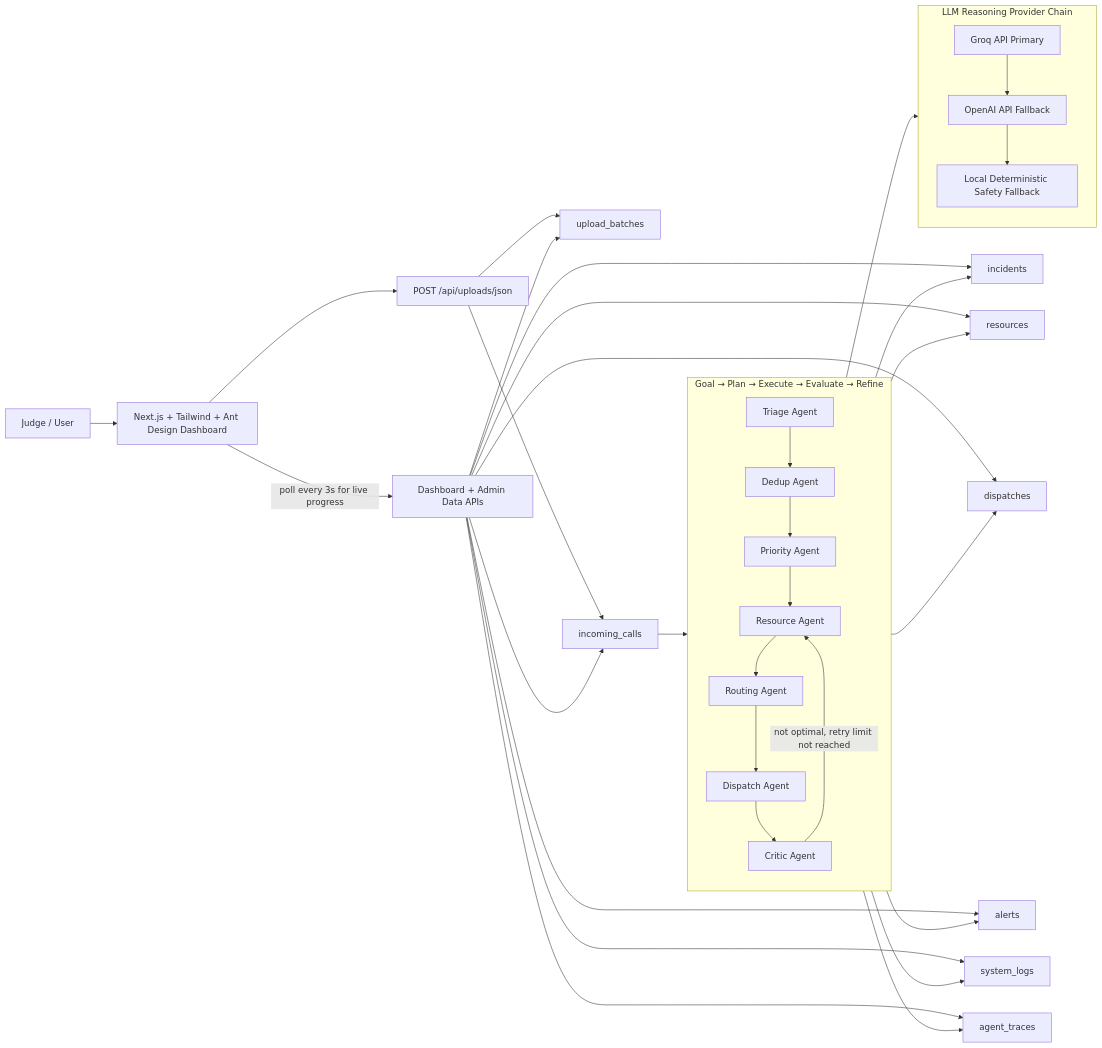
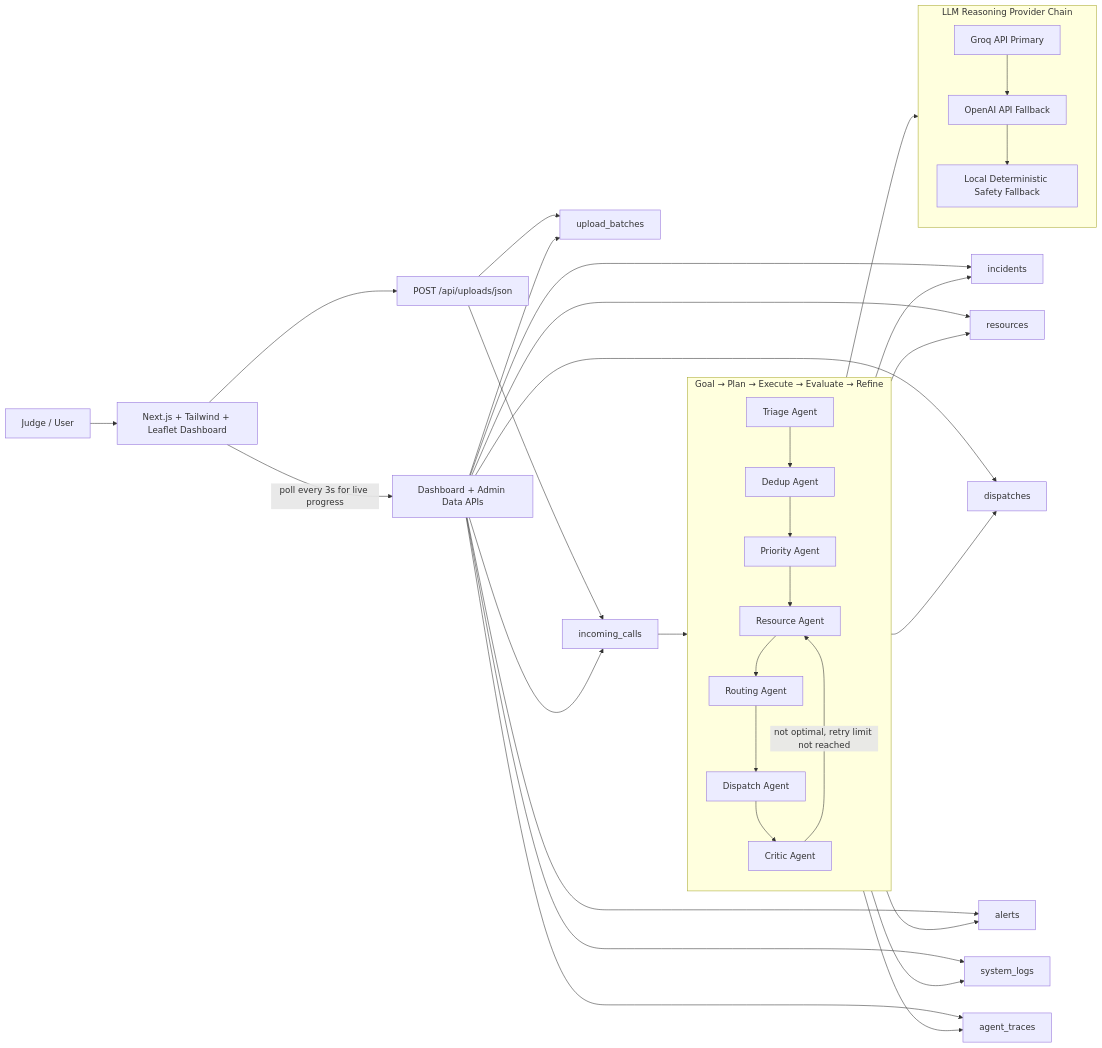
The first of 3 diagrams in docs/SYSTEM_ARCHITECTURE.md (Jag2007/CrisisWeave), drawn with Mermaid before and after one commit. The commit also changed 4 other files, not shown here.

````diff
--- a/docs/SYSTEM_ARCHITECTURE.md
+++ b/docs/SYSTEM_ARCHITECTURE.md
@@ -5,46 +5,46 @@
 ```mermaid
 flowchart LR
-  Judge["Judge / User"] --> Client["Next.js + Tailwind + Ant Design Dashboard"]
+  Judge["Judge / User"] --> Client["Next.js + Tailwind + Leaflet Dashboard"]
   Client --> UploadAPI["POST /api/uploads/json"]
   Client -- "poll every 3s for live progress" --> ReadAPIs["Dashboard + Admin Data APIs"]
 
   UploadAPI --> Batch["upload_batches"]
   UploadAPI --> Calls["incoming_calls"]
   Calls --> Graph["Agentic Execution Graph"]
 
   subgraph Graph["Goal → Plan → Execute → Evaluate → Refine"]
     Triage["Triage Agent"]
     Dedup["Dedup Agent"]
     Priority["Priority Agent"]
     Resource["Resource Agent"]
     Routing["Routing Agent"]
     Dispatch["Dispatch Agent"]
     Critic["Critic Agent"]
     Triage --> Dedup --> Priority --> Resource --> Routing --> Dispatch --> Critic
     Critic -- "not optimal, retry limit not reached" --> Resource
   end
 
   subgraph Reasoning["LLM Reasoning Provider Chain"]
     Groq["Groq API Primary"]
     OpenAI["OpenAI API Fallback"]
     Local["Local Deterministic Safety Fallback"]
     Groq --> OpenAI --> Local
   end
 
   Graph --> Reasoning
   Graph --> Incidents["incidents"]
   Graph --> Resources["resources"]
   Graph --> Dispatches["dispatches"]
   Graph --> Alerts["alerts"]
   Graph --> Logs["system_logs"]
   Graph --> Traces["agent_traces"]
 
   ReadAPIs --> Batch
   ReadAPIs --> Calls
   ReadAPIs --> Incidents
   ReadAPIs --> Resources
   ReadAPIs --> Dispatches
   ReadAPIs --> Alerts
   ReadAPIs --> Logs
   ReadAPIs --> Traces
 ```
````
